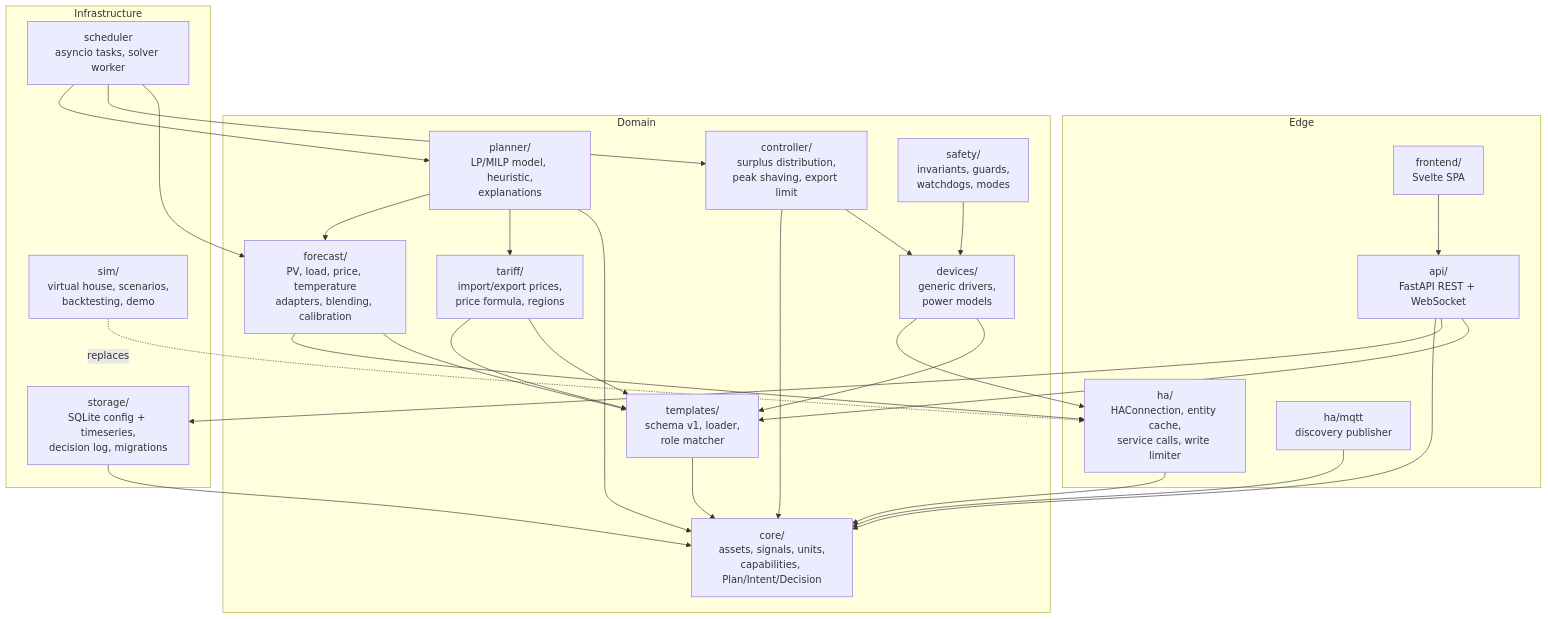
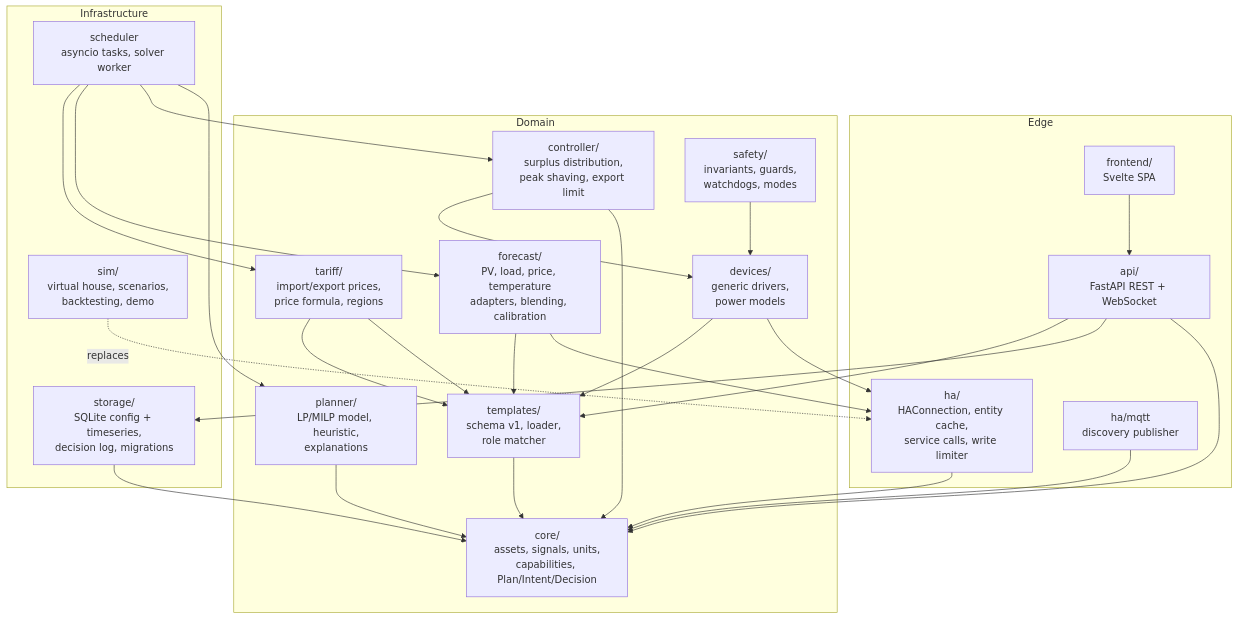
The second of 8 diagrams in docs/architecture.md (PXLJAKE/SunCore), drawn with Mermaid before and after one commit. The commit also changed other lines of this file and 2 other files, not shown here.

First line of the commit message:
docs: STATUS and plan deviations for PR 4-F WP8 (planner), benchmark numbers

````diff
--- a/docs/architecture.md
+++ b/docs/architecture.md
@@ -42,49 +42,48 @@
 ```mermaid
 flowchart TB
     subgraph edge["Edge"]
         api["api/<br/>FastAPI REST + WebSocket"]
         frontend["frontend/<br/>Svelte SPA"]
         ha["ha/<br/>HAConnection, entity cache,<br/>service calls, write limiter"]
         mqttpub["ha/mqtt<br/>discovery publisher"]
     end
     subgraph domain["Domain"]
         core["core/<br/>assets, signals, units,<br/>capabilities, Plan/Intent/Decision"]
         forecast["forecast/<br/>PV, load, price, temperature<br/>adapters, blending, calibration"]
         tariff["tariff/<br/>import/export prices,<br/>price formula, regions"]
         planner["planner/<br/>LP/MILP model, heuristic,<br/>explanations"]
         controller["controller/<br/>surplus distribution,<br/>peak shaving, export limit"]
         safety["safety/<br/>invariants, guards,<br/>watchdogs, modes"]
         templates["templates/<br/>schema v1, loader,<br/>role matcher"]
         devices["devices/<br/>generic drivers,<br/>power models"]
     end
     subgraph infra["Infrastructure"]
         storage["storage/<br/>SQLite config + timeseries,<br/>decision log, migrations"]
         sim["sim/<br/>virtual house, scenarios,<br/>backtesting, demo"]
         sched["scheduler<br/>asyncio tasks, solver worker"]
     end
 
     frontend --> api
     api --> core
     api --> storage
     ha --> core
     forecast --> ha
     tariff --> templates
-    planner --> forecast
-    planner --> tariff
     planner --> core
     controller --> core
     controller --> devices
     safety --> devices
     devices --> ha
     devices --> templates
     tariff --> templates
     forecast --> templates
     api --> templates
     templates --> core
     mqttpub --> core
     storage --> core
     sim -. replaces .-> ha
     sched --> planner
     sched --> controller
     sched --> forecast
+    sched --> tariff
 ```
````
